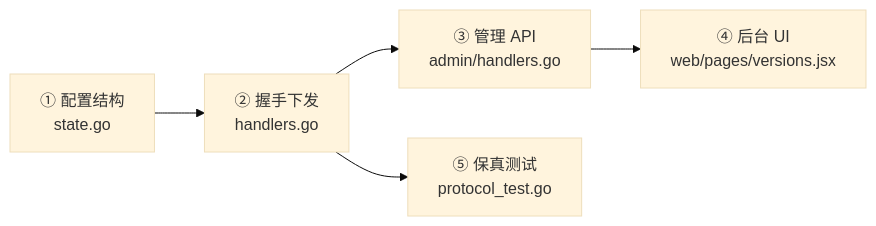
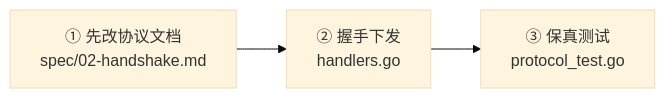
One commit to MagirecoCN-Revival-Project/magireco-cnv-server changed the first of 2 diagrams in docs/contributing/adding-endpoint.md. Above: the diagram before and after it, drawn with Mermaid (base theme). The commit also changed other lines of this file and 32 other files, not shown here.

````diff
--- a/docs/contributing/adding-endpoint.md
+++ b/docs/contributing/adding-endpoint.md
@@ -9,7 +10,5 @@
 ```mermaid
 flowchart LR
-    A["① 配置结构<br/>state.go"] --> B["② 握手下发<br/>handlers.go"]
-    B --> C["③ 管理 API<br/>admin/handlers.go"]
-    C --> D["④ 后台 UI<br/>web/pages/versions.jsx"]
-    B --> T["⑤ 保真测试<br/>protocol_test.go"]
+    D["① 先改协议文档<br/>spec/02-handshake.md"] --> B["② 握手下发<br/>handlers.go"]
+    B --> T["③ 保真测试<br/>protocol_test.go"]
 ```
````
